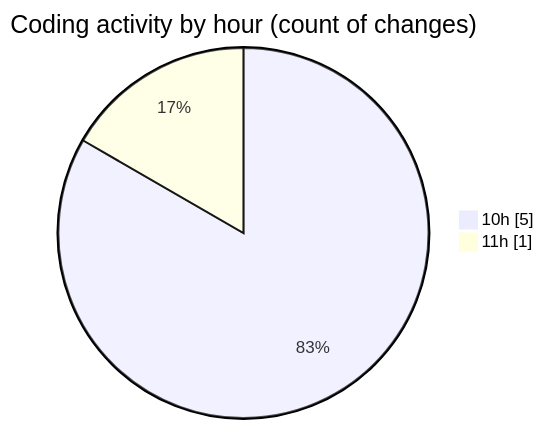
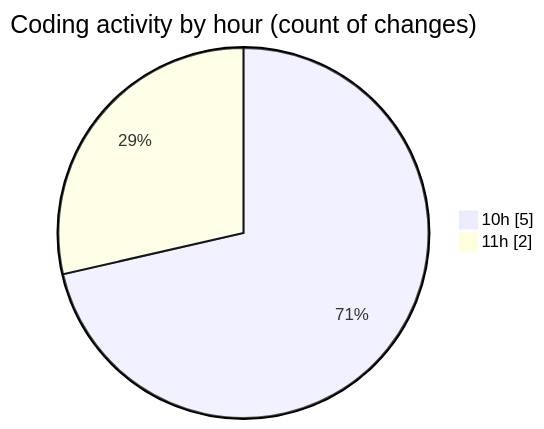
The second of 2 diagrams in 2025-01-29/java/README.md (NitaiMahat/code-tracking), drawn with Mermaid before and after one commit. The commit also changed other lines of this file and 1 other file, not shown here.

````diff
--- a/2025-01-29/java/README.md
+++ b/2025-01-29/java/README.md
@@ -31,6 +31,6 @@
 ```mermaid
 pie showData
 title Coding activity by hour (count of changes)
 "10h" : 5
-"11h" : 1
+"11h" : 2
 ```
````
